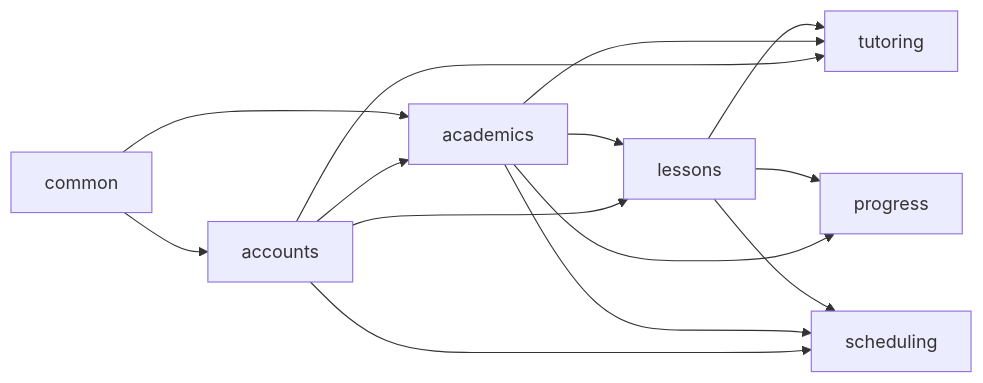
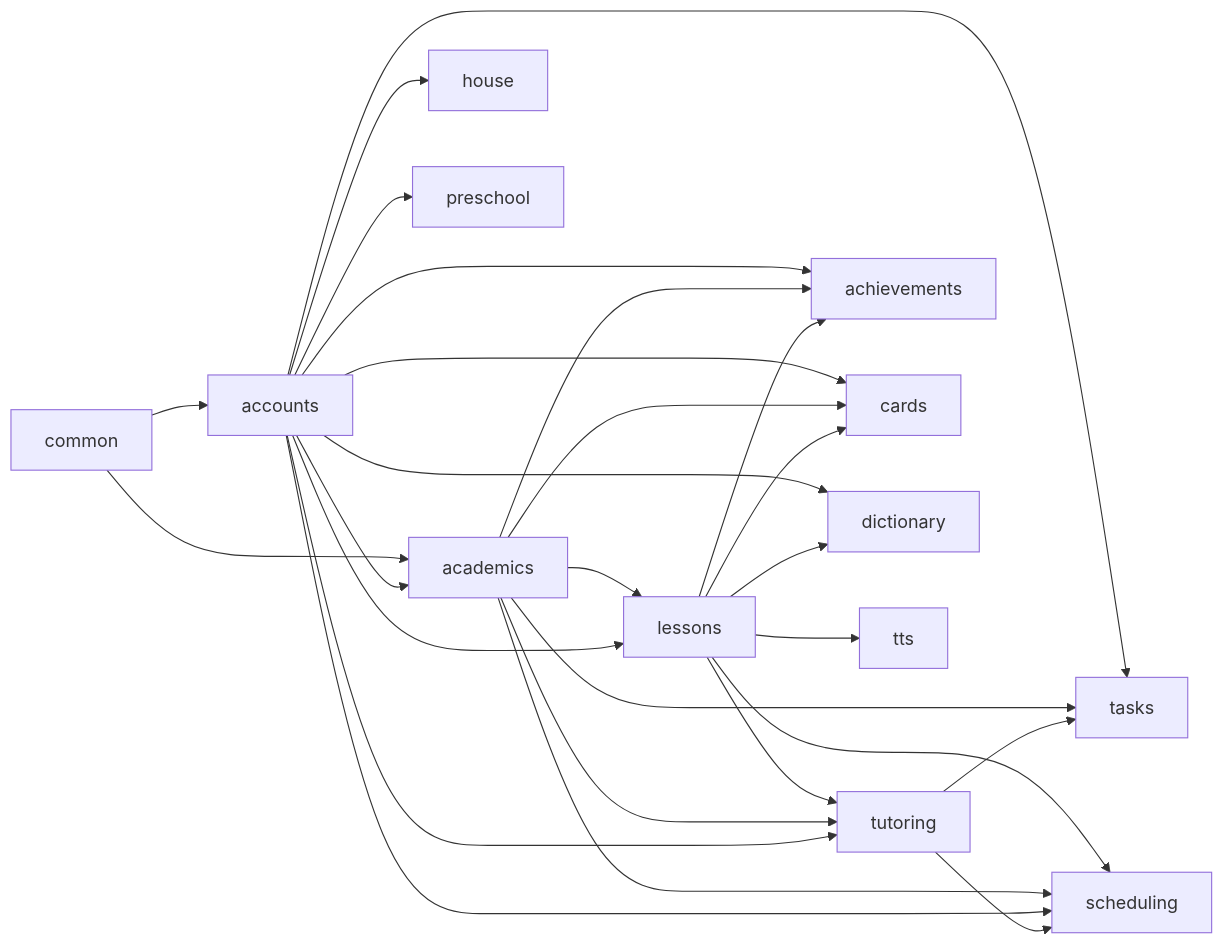
Before and after one commit to StabRise/school-ahead: the diagram in docs/architecture/01-backend-apps.md, drawn with Mermaid. The commit also changed other lines of this file and 29 other files, not shown here.

````diff
--- a/docs/architecture/01-backend-apps.md
+++ b/docs/architecture/01-backend-apps.md
@@ -58,16 +89,29 @@
 ```mermaid
 graph LR
     common --> accounts
     common --> academics
     accounts --> academics
     academics --> lessons
     accounts --> lessons
     lessons --> tutoring
     academics --> tutoring
     accounts --> tutoring
-    lessons --> progress
-    academics --> progress
     lessons --> scheduling
     academics --> scheduling
     accounts --> scheduling
+    tutoring --> scheduling
+    accounts --> achievements
+    academics --> achievements
+    lessons --> achievements
+    accounts --> house
+    accounts --> preschool
+    accounts --> tasks
+    academics --> tasks
+    tutoring --> tasks
+    accounts --> cards
+    academics --> cards
+    lessons --> cards
+    accounts --> dictionary
+    lessons --> dictionary
+    lessons --> tts
 ```
````
